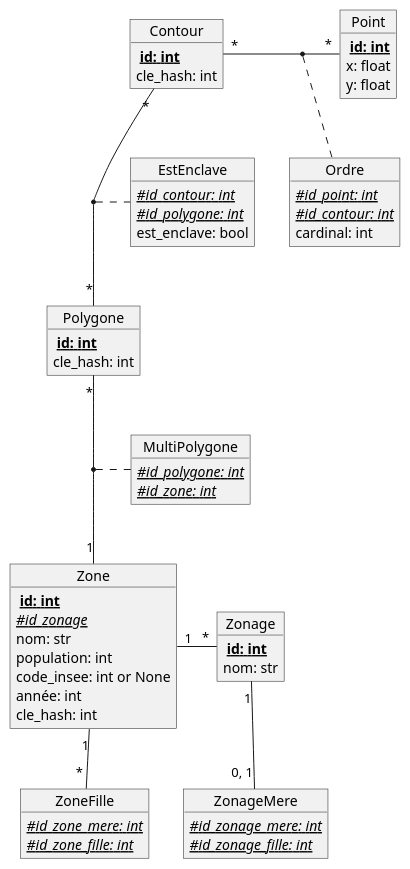
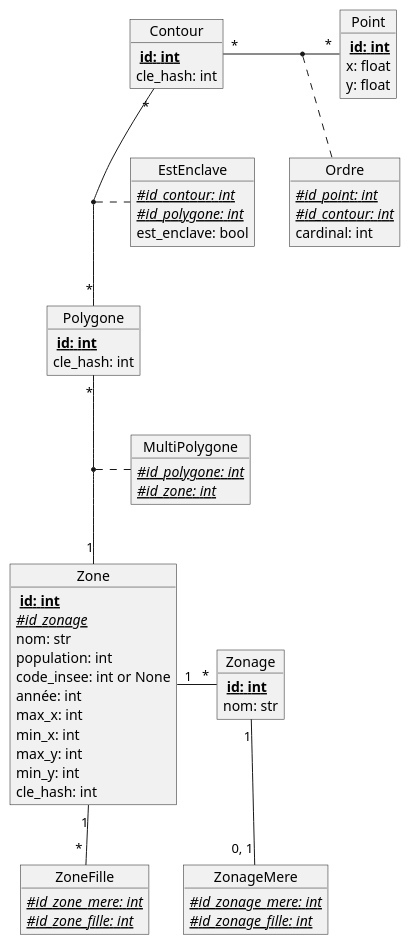
Before and after one commit to antoni-guardia/ENSAI_ProjetInfo2A: the diagram in doc/diagrammes/diagramme_entite_relation.md, drawn with PlantUML.

Commit message:
maj diag

```diff
--- a/doc/diagrammes/diagramme_entite_relation.md
+++ b/doc/diagrammes/diagramme_entite_relation.md
@@ -14,6 +14,10 @@
 population: int
 code_insee: int or None
 année: int
+max_x: int
+min_x: int
+max_y: int
+min_y: int
 cle_hash: int
 
 }
```
